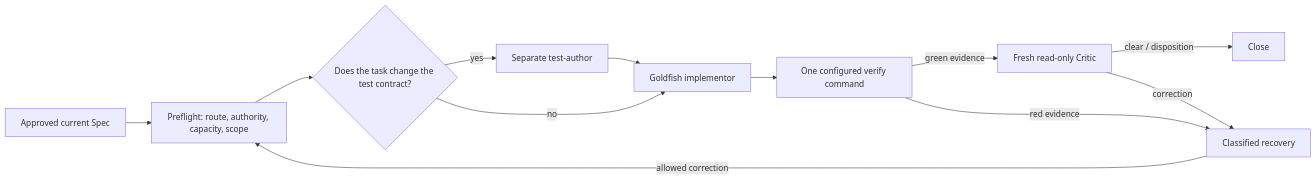
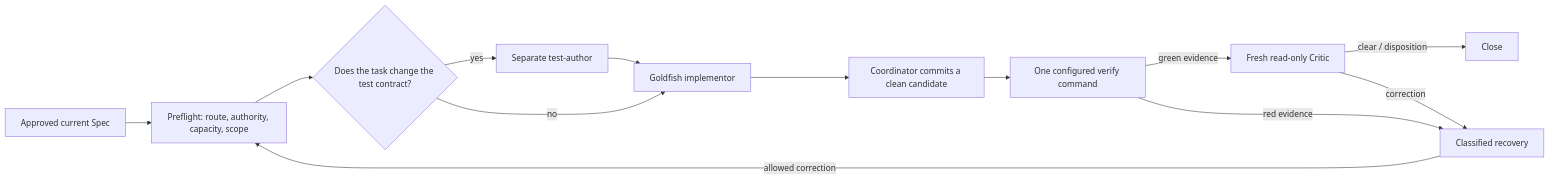
Before and after one commit to agent-pipe-shared/agent-pipeline: the second of 2 diagrams in PIPELINE_FLOW.md, drawn with Mermaid. The commit also changed other lines of this file and 73 other files, not shown here.

````diff
--- a/PIPELINE_FLOW.md
+++ b/PIPELINE_FLOW.md
@@ -157,14 +163,15 @@
 ```mermaid
 flowchart LR
     SP[Approved current Spec] --> PF[Preflight: route, authority, capacity, scope]
     PF --> TD{Does the task change the test contract?}
     TD -->|yes| T[Separate test-author]
     TD -->|no| G[Goldfish implementor]
     T --> G
-    G --> VE[One configured verify command]
+    G --> CM[Coordinator commits a clean candidate]
+    CM --> VE[One configured verify command]
     VE -->|green evidence| CR[Fresh read-only Critic]
     VE -->|red evidence| RE[Classified recovery]
     CR -->|clear / disposition| CO[Close]
     CR -->|correction| RE
     RE -->|allowed correction| PF
 ```
````
